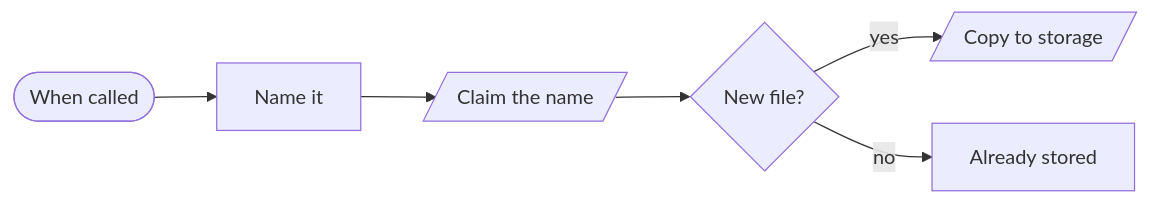
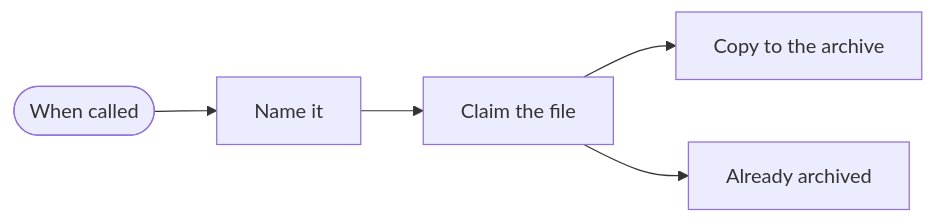
The seventh of 7 diagrams in blocks/data/README.md (kimjoshuadr/n8n-workflows), drawn with Mermaid before and after one commit. The commit also changed other lines of this file and 184 other files, not shown here.

Commit message:
Finish the move to named platforms: blocks, BambooHR, generated README, schema and platform marks

````diff
--- a/blocks/data/README.md
+++ b/blocks/data/README.md
@@ -178,14 +164,12 @@
 ```mermaid
 flowchart LR
   nxyuboc(["When called"])
   n18oak7t["Name it"]
-  n1wkkh7p[/"Claim the name"/]
-  n1b7eoos{"New file?"}
-  n1gs9t96[/"Copy to storage"/]
-  n157k40i["Already stored"]
+  n1wkfj86["Claim the file"]
+  nja6642["Copy to the archive"]
+  n1gt1ihd["Already archived"]
   nxyuboc --> n18oak7t
-  n18oak7t --> n1wkkh7p
-  n1wkkh7p --> n1b7eoos
-  n1b7eoos -->|yes| n1gs9t96
-  n1b7eoos -->|no| n157k40i
+  n18oak7t --> n1wkfj86
+  n1wkfj86 --> nja6642
+  n1wkfj86 --> n1gt1ihd
 ```
````
